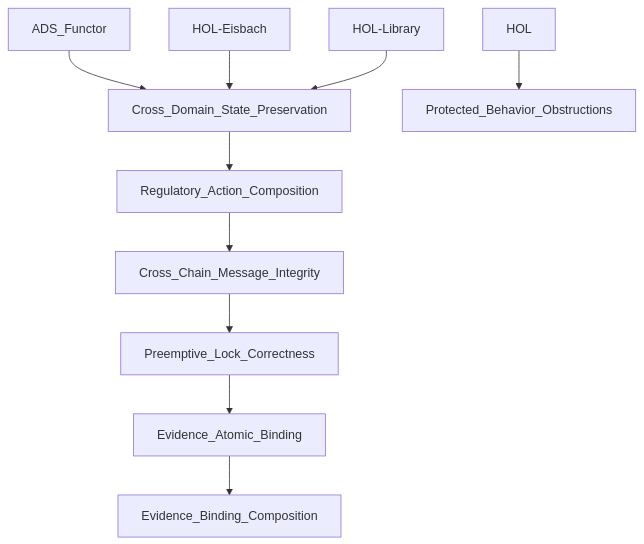
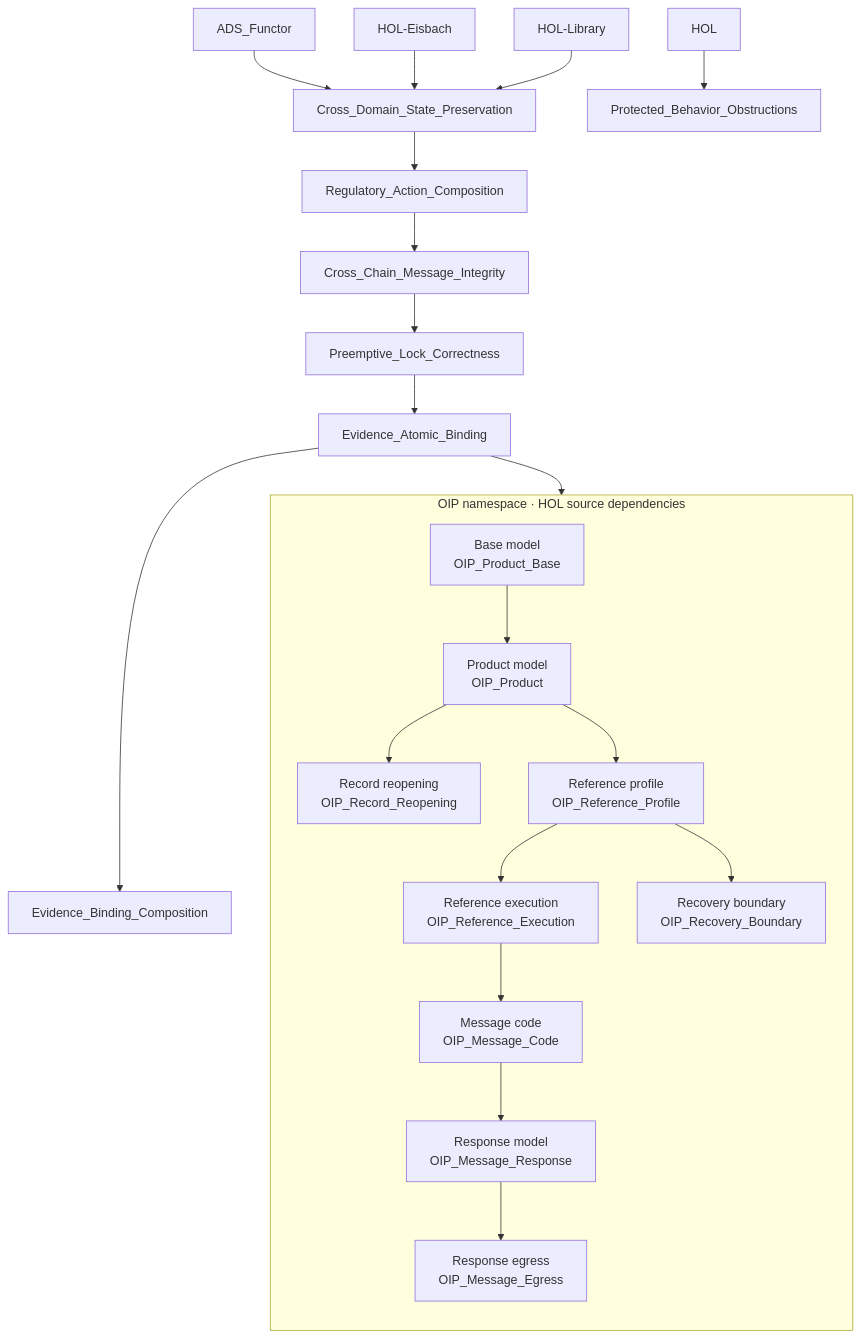
The diagram in docs/assets/session-architecture.mmd (Oraclizer/formal-verification), drawn with Mermaid before and after one commit. The commit also changed 370 other files, not shown here.

```diff
--- a/docs/assets/session-architecture.mmd
+++ b/docs/assets/session-architecture.mmd
@@ -1,23 +1,45 @@
-%% All seven ROOTS-registered artifact sessions. Six form the CDSP to Evidence Binding Composition parent chain. Protected Behavior Obstructions independently extends HOL. Additional direct CDSP session dependencies are HOL-Library, HOL-Eisbach, and AFP ADS_Functor. Auxiliary audit sessions are not separate artifact entries.
-%% Generated by scripts/render-architecture.py; arrows run from dependency to importer.
+%% Sixteen ROOTS-registered sessions; OIP inset has nine HOL source-dependency sessions. Original seven artifact meanings are preserved. Six form the CDSP to Evidence Binding Composition parent chain. Protected Behavior Obstructions independently extends HOL. Additional direct CDSP session dependencies are HOL-Library, HOL-Eisbach, and AFP ADS_Functor. Auxiliary audit sessions are not separate artifact entries.
+%% Arrows run from dependency to importer; this graph is not deployment or full implementation assurance.
 flowchart TB
     ADS_Functor["ADS_Functor"]
     Cross_Chain_Message_Integrity["Cross_Chain_Message_Integrity"]
     Cross_Domain_State_Preservation["Cross_Domain_State_Preservation"]
     Evidence_Atomic_Binding["Evidence_Atomic_Binding"]
     Evidence_Binding_Composition["Evidence_Binding_Composition"]
     HOL["HOL"]
     HOL_Eisbach["HOL-Eisbach"]
     HOL_Library["HOL-Library"]
     Preemptive_Lock_Correctness["Preemptive_Lock_Correctness"]
     Protected_Behavior_Obstructions["Protected_Behavior_Obstructions"]
     Regulatory_Action_Composition["Regulatory_Action_Composition"]
     ADS_Functor --> Cross_Domain_State_Preservation
     Cross_Chain_Message_Integrity --> Preemptive_Lock_Correctness
     Cross_Domain_State_Preservation --> Regulatory_Action_Composition
     Evidence_Atomic_Binding --> Evidence_Binding_Composition
     HOL --> Protected_Behavior_Obstructions
     HOL_Eisbach --> Cross_Domain_State_Preservation
     HOL_Library --> Cross_Domain_State_Preservation
     Preemptive_Lock_Correctness --> Evidence_Atomic_Binding
     Regulatory_Action_Composition --> Cross_Chain_Message_Integrity
+
+    subgraph OIPNamespace["OIP namespace · HOL source dependencies"]
+        direction TB
+        OIP_Product_Base["Base model<br/>OIP_Product_Base"]
+        OIP_Product["Product model<br/>OIP_Product"]
+        OIP_Reference_Profile["Reference profile<br/>OIP_Reference_Profile"]
+        OIP_Reference_Execution["Reference execution<br/>OIP_Reference_Execution"]
+        OIP_Record_Reopening["Record reopening<br/>OIP_Record_Reopening"]
+        OIP_Recovery_Boundary["Recovery boundary<br/>OIP_Recovery_Boundary"]
+        OIP_Message_Code["Message code<br/>OIP_Message_Code"]
+        OIP_Message_Response["Response model<br/>OIP_Message_Response"]
+        OIP_Message_Egress["Response egress<br/>OIP_Message_Egress"]
+    end
+    Evidence_Atomic_Binding --> OIP_Product_Base
+    OIP_Message_Code --> OIP_Message_Response
+    OIP_Message_Response --> OIP_Message_Egress
+    OIP_Product --> OIP_Record_Reopening
+    OIP_Product --> OIP_Reference_Profile
+    OIP_Product_Base --> OIP_Product
+    OIP_Reference_Execution --> OIP_Message_Code
+    OIP_Reference_Profile --> OIP_Recovery_Boundary
+    OIP_Reference_Profile --> OIP_Reference_Execution
```
